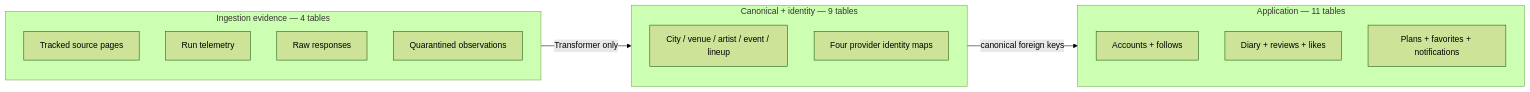
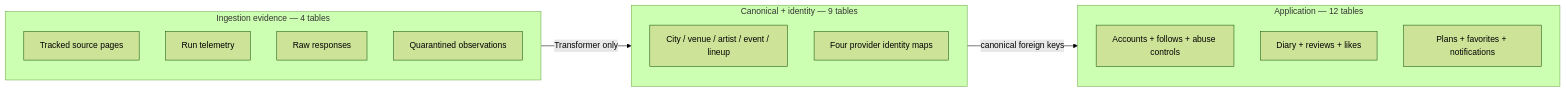
The first of 7 diagrams in docs/DATABASE.md (tanbaydar/onda), drawn with Mermaid (forest theme) before and after one commit. The commit also changed other lines of this file and 49 other files, not shown here.

````diff
--- a/docs/DATABASE.md
+++ b/docs/DATABASE.md
@@ -22,23 +22,23 @@
 ```mermaid
 flowchart LR
     subgraph IZ[Ingestion evidence — 4 tables]
         Seeds[Tracked source pages]
         Runs[Run telemetry]
         Raw[Raw responses]
         Rejected[Quarantined observations]
     end
 
     subgraph CZ[Canonical + identity — 9 tables]
         Canon[City / venue / artist / event / lineup]
         Identity[Four provider identity maps]
     end
 
-    subgraph AZ[Application — 11 tables]
-        Accounts[Accounts + follows]
+    subgraph AZ[Application — 12 tables]
+        Accounts[Accounts + follows + abuse controls]
         Diary[Diary + reviews + likes]
         Social[Plans + favorites + notifications]
     end
 
     IZ -->|Transformer only| CZ
     CZ -->|canonical foreign keys| AZ
 ```
````
